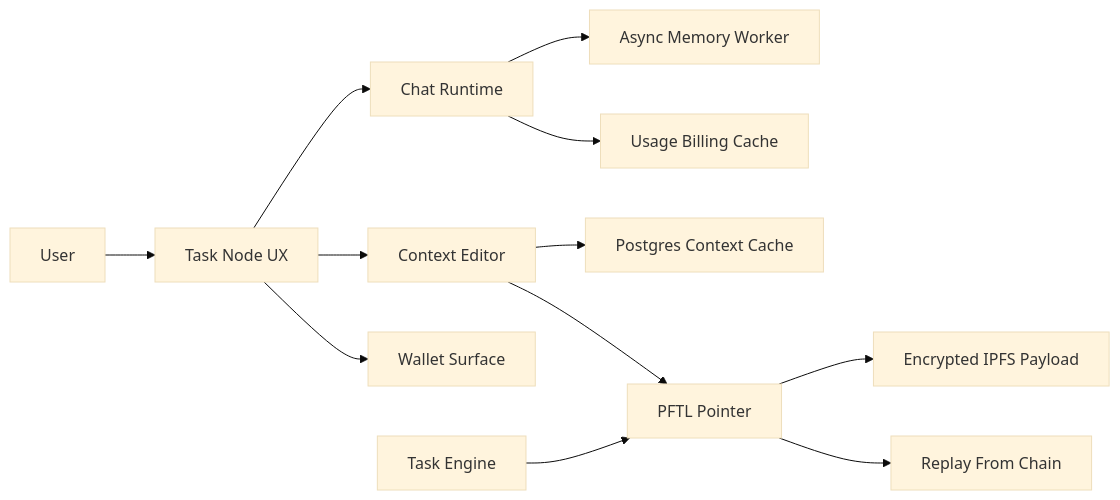
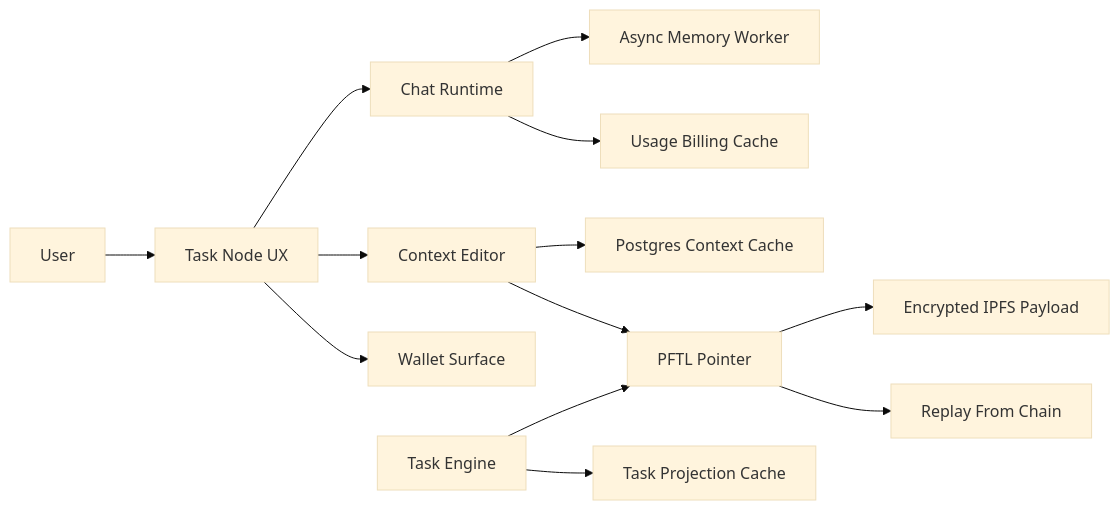
One commit to postfiatorg/tasknode changed the diagram in docs/wiki/index.md. Above: the diagram before and after it, drawn with Mermaid (base theme). The commit also changed other lines of this file and 11 other files, not shown here.

````diff
--- a/docs/wiki/index.md
+++ b/docs/wiki/index.md
@@ -18,14 +18,15 @@
 ```mermaid
 flowchart LR
   User[User] --> UI[Task Node UX]
   UI --> Chat[Chat Runtime]
   UI --> Context[Context Editor]
   UI --> Wallet[Wallet Surface]
   Chat --> Memory[Async Memory Worker]
   Chat --> Billing[Usage Billing Cache]
   Context --> ContextCache[Postgres Context Cache]
   Context --> PFTL[PFTL Pointer]
   PFTL --> IPFS[Encrypted IPFS Payload]
   Tasks[Task Engine] --> PFTL
+  Tasks --> TaskCache[Task Projection Cache]
   PFTL --> Replay[Replay From Chain]
 ```
````
